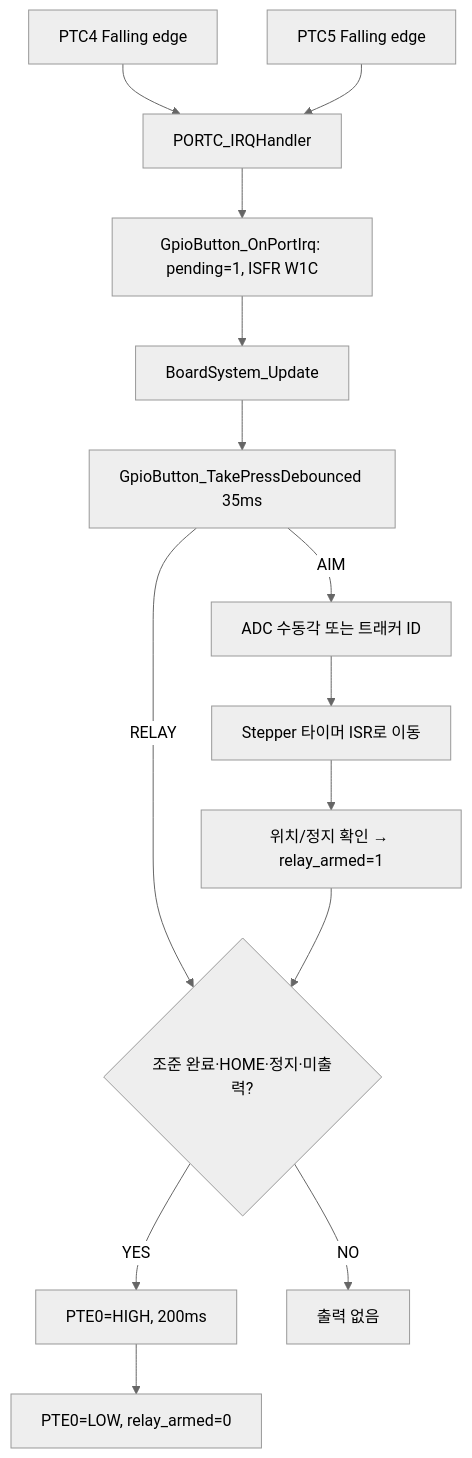
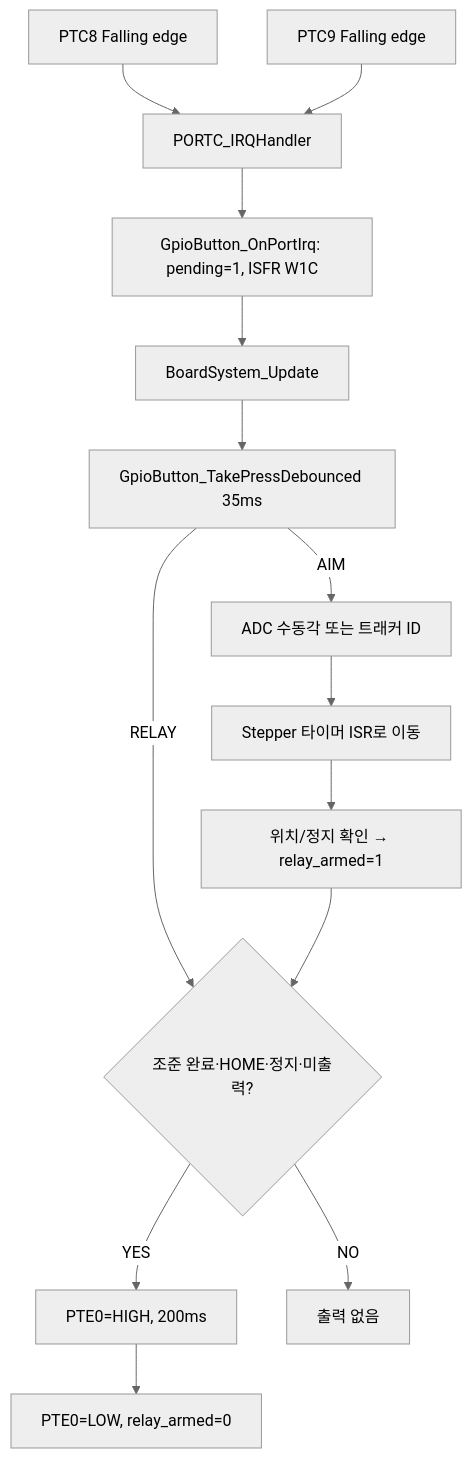
One commit to ulhannnah/MP_TerP changed the diagram in docs/20261126_외부버튼_ADC_스텝조준_릴레이_GPIO_통합.md. Above: the diagram before and after it, drawn with Mermaid (neutral theme). The commit also changed other lines of this file, not shown here.

Commit message:
docs(debug): correct final external button pins to PTC8/9 and warn PTC4 SWD_CLK collision

````diff
--- a/docs/20261126_외부버튼_ADC_스텝조준_릴레이_GPIO_통합.md
+++ b/docs/20261126_외부버튼_ADC_스텝조준_릴레이_GPIO_통합.md
@@ -58,16 +60,16 @@
 ```mermaid
 flowchart TD
-    BTN1["PTC4 Falling edge"] --> IRQ["PORTC_IRQHandler"]
-    BTN2["PTC5 Falling edge"] --> IRQ
+    BTN1["PTC8 Falling edge"] --> IRQ["PORTC_IRQHandler"]
+    BTN2["PTC9 Falling edge"] --> IRQ
     IRQ --> FLAGS["GpioButton_OnPortIrq: pending=1, ISFR W1C"]
     FLAGS --> LOOP["BoardSystem_Update"]
     LOOP --> DEB["GpioButton_TakePressDebounced 35ms"]
     DEB -->|AIM| SELECT["ADC 수동각 또는 트래커 ID"]
     SELECT --> STEP["Stepper 타이머 ISR로 이동"]
     STEP --> COMPLETE["위치/정지 확인 → relay_armed=1"]
     DEB -->|RELAY| GATE{"조준 완료·HOME·정지·미출력?"}
     COMPLETE --> GATE
     GATE -->|YES| HIGH["PTE0=HIGH, 200ms"]
     HIGH --> LOW["PTE0=LOW, relay_armed=0"]
     GATE -->|NO| IGNORE["출력 없음"]
 ```
````
